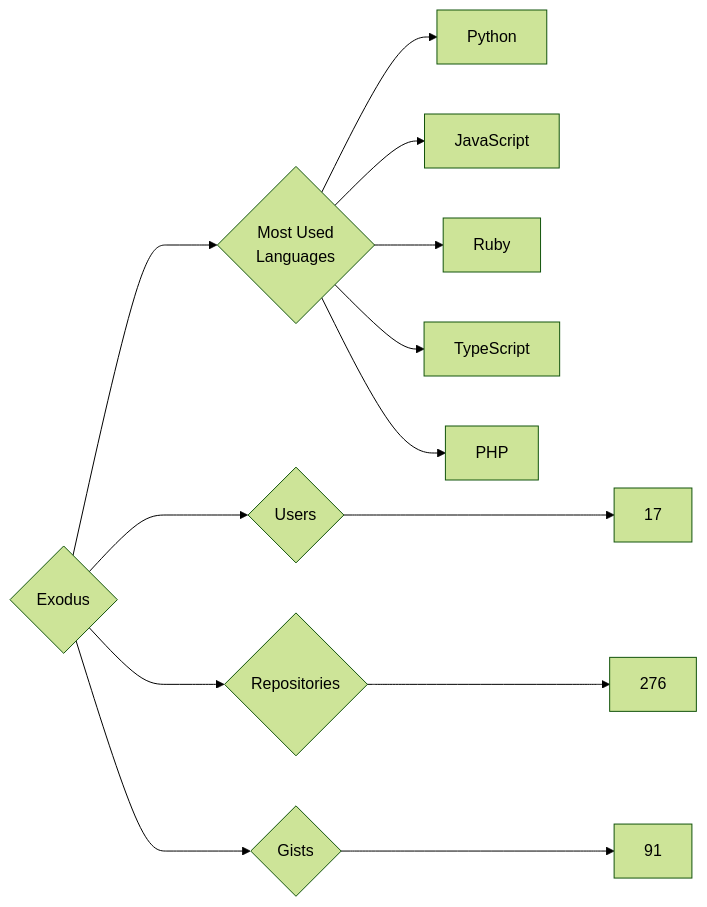
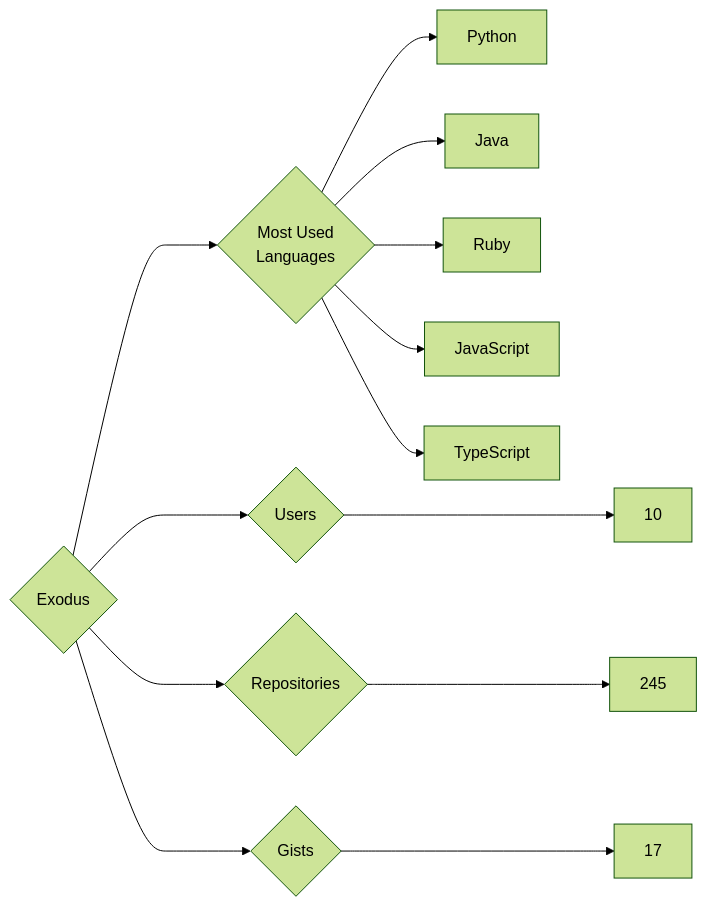
One commit to trickest/insiders changed the diagram in targets/Exodus/README.md. Above: the diagram before and after it, drawn with Mermaid (forest theme). The commit also changed 714 other files, not shown here.

````diff
--- a/targets/Exodus/README.md
+++ b/targets/Exodus/README.md
@@ -3,13 +3,13 @@
 ```mermaid
 graph LR
 COMPANY_NAME{Exodus}
-COMPANY_NAME ---> U{Users} ---> UN[17]
-COMPANY_NAME ---> R{Repositories} ---> RN[276]
-COMPANY_NAME ---> G{Gists} ---> GN[91]
+COMPANY_NAME ---> U{Users} ---> UN[10]
+COMPANY_NAME ---> R{Repositories} ---> RN[245]
+COMPANY_NAME ---> G{Gists} ---> GN[17]
 COMPANY_NAME ---> ML{Most Used<br>Languages}
 ML --> Python[Python]
+ML --> Java[Java]
+ML --> Ruby[Ruby]
 ML --> JavaScript[JavaScript]
-ML --> Ruby[Ruby]
 ML --> TypeScript[TypeScript]
-ML --> PHP[PHP]
 ```
````
